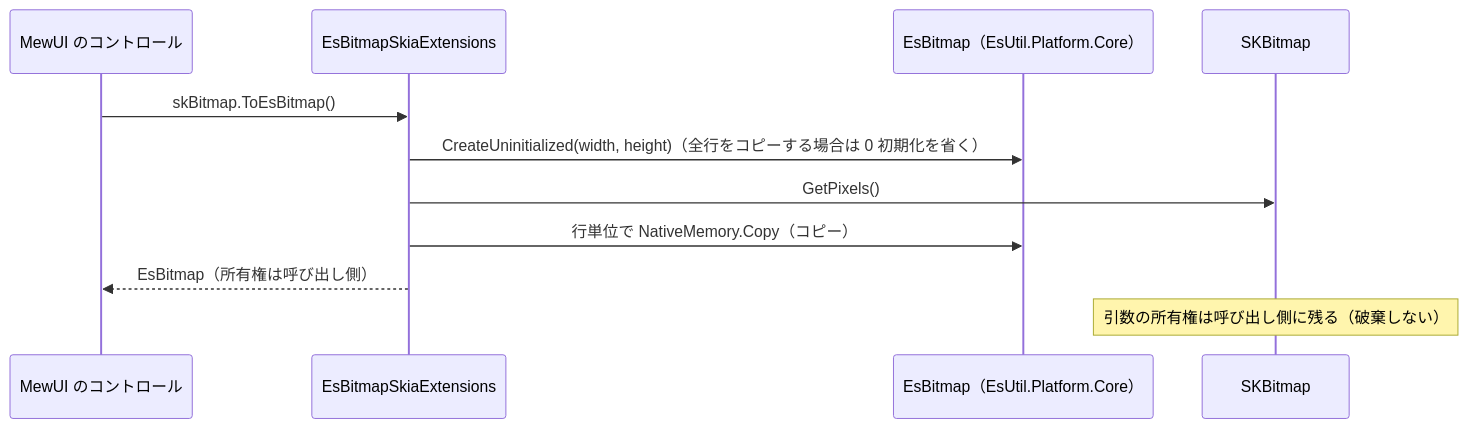
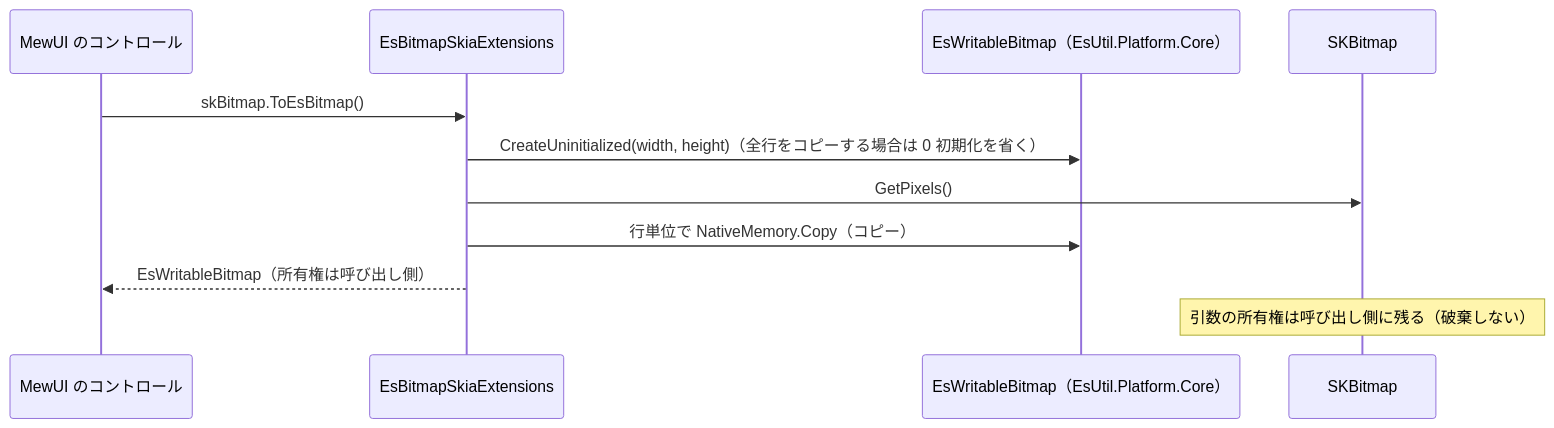
The fourth of 4 diagrams in src/Platform.Skia/docs/SPEC_System.md (tomokuni/SaveEvidence), drawn with Mermaid before and after one commit. The commit also changed other lines of this file and 33 other files, not shown here.

````diff
--- a/src/Platform.Skia/docs/SPEC_System.md
+++ b/src/Platform.Skia/docs/SPEC_System.md
@@ -141,14 +141,14 @@
 ```mermaid
 sequenceDiagram
   participant UI as MewUI のコントロール
   participant E as EsBitmapSkiaExtensions
-  participant Core as EsBitmap（EsUtil.Platform.Core）
+  participant Core as EsWritableBitmap（EsUtil.Platform.Core）
   participant SK as SKBitmap
 
   UI->>E: skBitmap.ToEsBitmap()
   E->>Core: CreateUninitialized(width, height)（全行をコピーする場合は 0 初期化を省く）
   E->>SK: GetPixels()
   E->>Core: 行単位で NativeMemory.Copy（コピー）
-  E-->>UI: EsBitmap（所有権は呼び出し側）
+  E-->>UI: EsWritableBitmap（所有権は呼び出し側）
   Note over SK: 引数の所有権は呼び出し側に残る（破棄しない）
 ```
````
